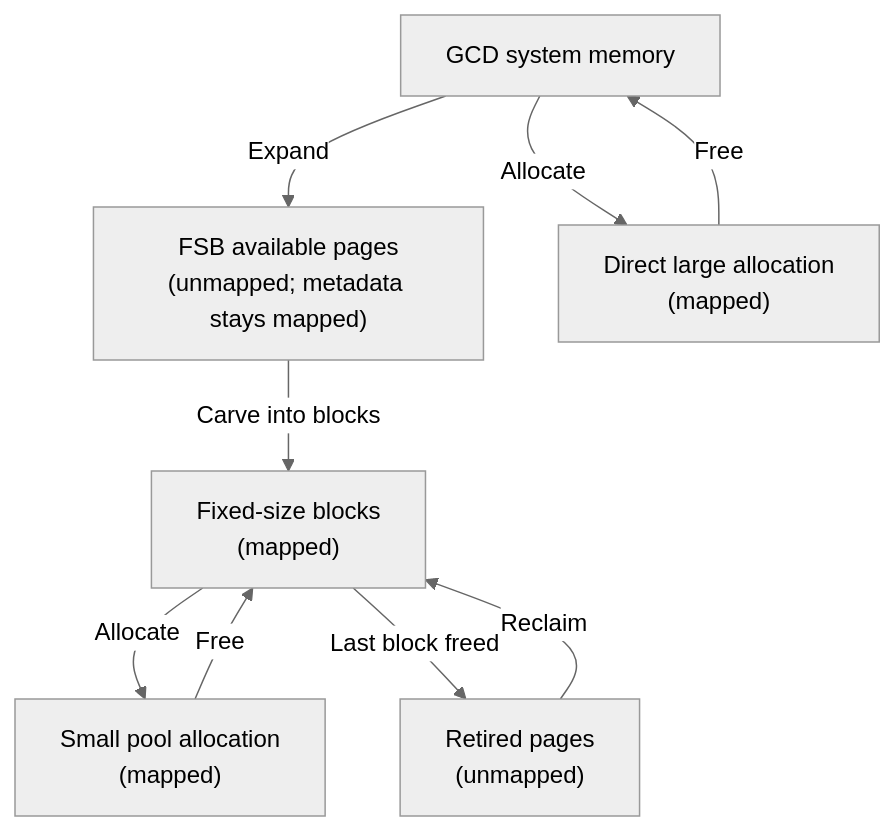
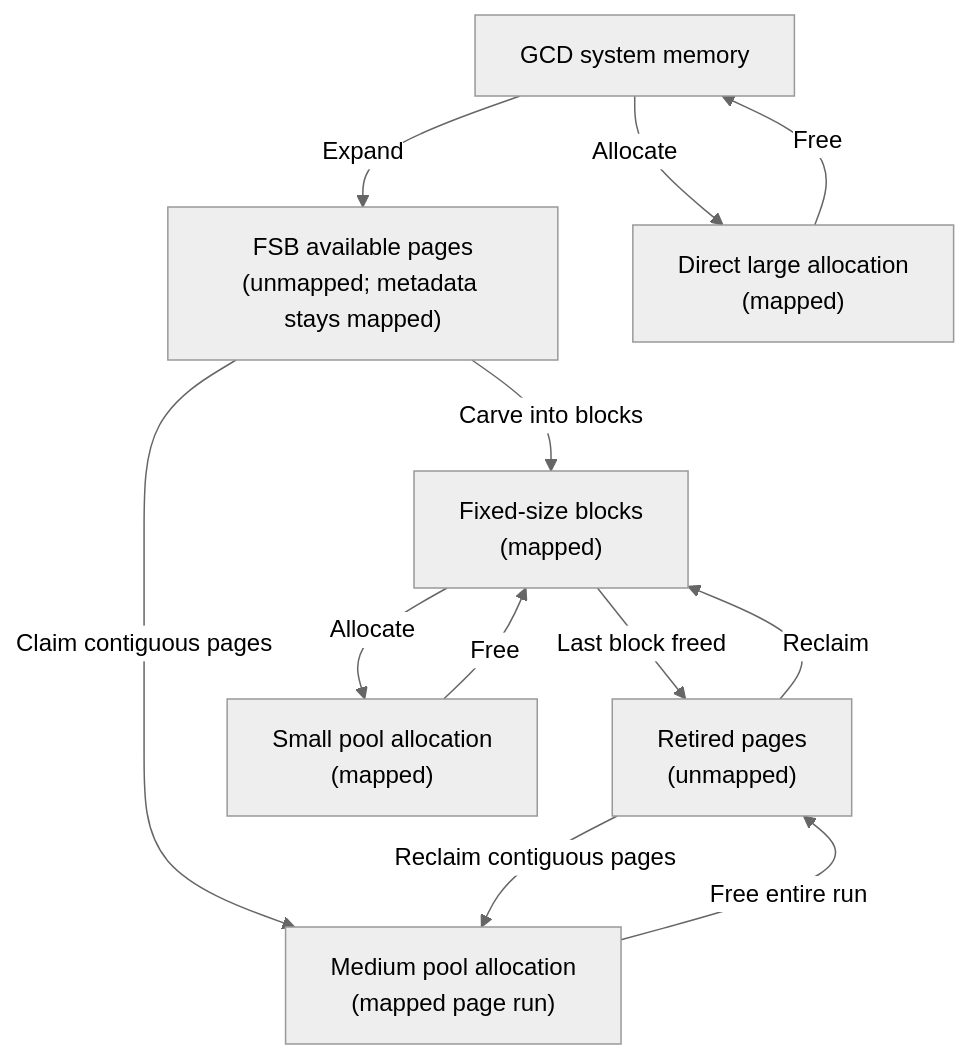
Before and after one commit to OpenDevicePartnership/patina: the second of 4 diagrams in docs/src/dxe_core/memory_management.md, drawn with Mermaid (neutral theme). The commit also changed other lines of this file and 3 other files, not shown here.

First line of the commit message:
FSB: Allocate Large Allocations from Retired Pages

````diff
--- a/docs/src/dxe_core/memory_management.md
+++ b/docs/src/dxe_core/memory_management.md
@@ -84,19 +84,23 @@
 ```mermaid
 flowchart TB
   GCD["GCD system memory"]
   FSBFree["FSB available pages<br/>(unmapped; metadata stays mapped)"]
   FixedBlocks["Fixed-size blocks<br/>(mapped)"]
   Retired["Retired pages<br/>(unmapped)"]
   Large["Direct large allocation<br/>(mapped)"]
   Small["Small pool allocation<br/>(mapped)"]
+  Medium["Medium pool allocation<br/>(mapped page run)"]
 
   GCD -->|Expand| FSBFree
   FSBFree -->|Carve into blocks| FixedBlocks
   FixedBlocks -->|Allocate| Small
   Small -->|Free| FixedBlocks
   FixedBlocks -->|Last block freed| Retired
   Retired -->|Reclaim| FixedBlocks
+  FSBFree -->|Claim contiguous pages| Medium
+  Retired -->|Reclaim contiguous pages| Medium
+  Medium -->|Free entire run| Retired
 
   GCD -->|Allocate| Large
   Large -->|Free| GCD
 ```
````
